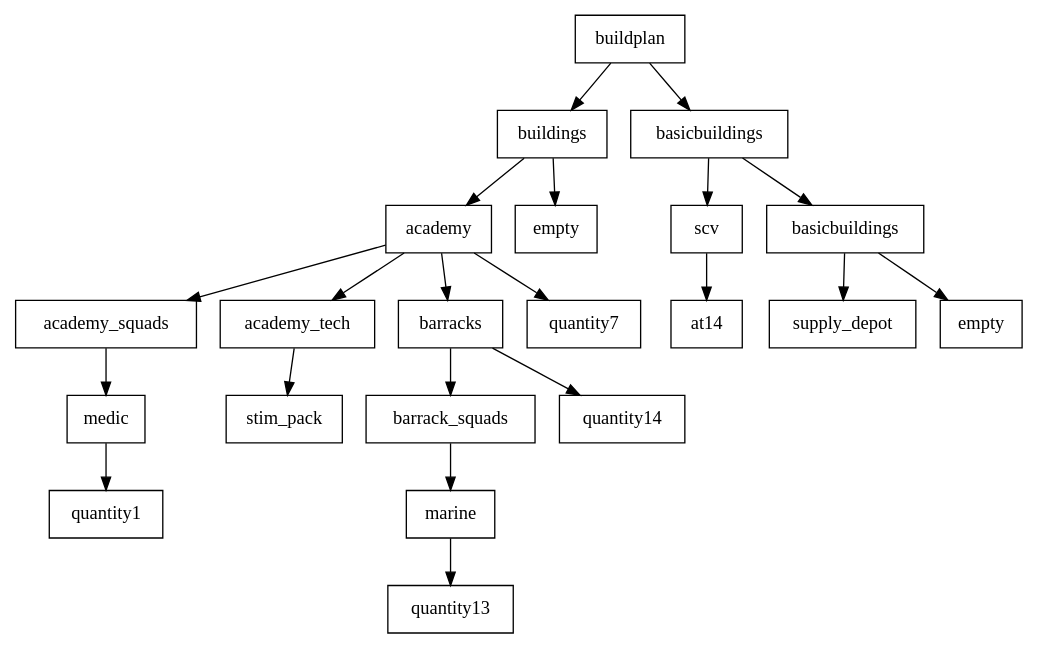
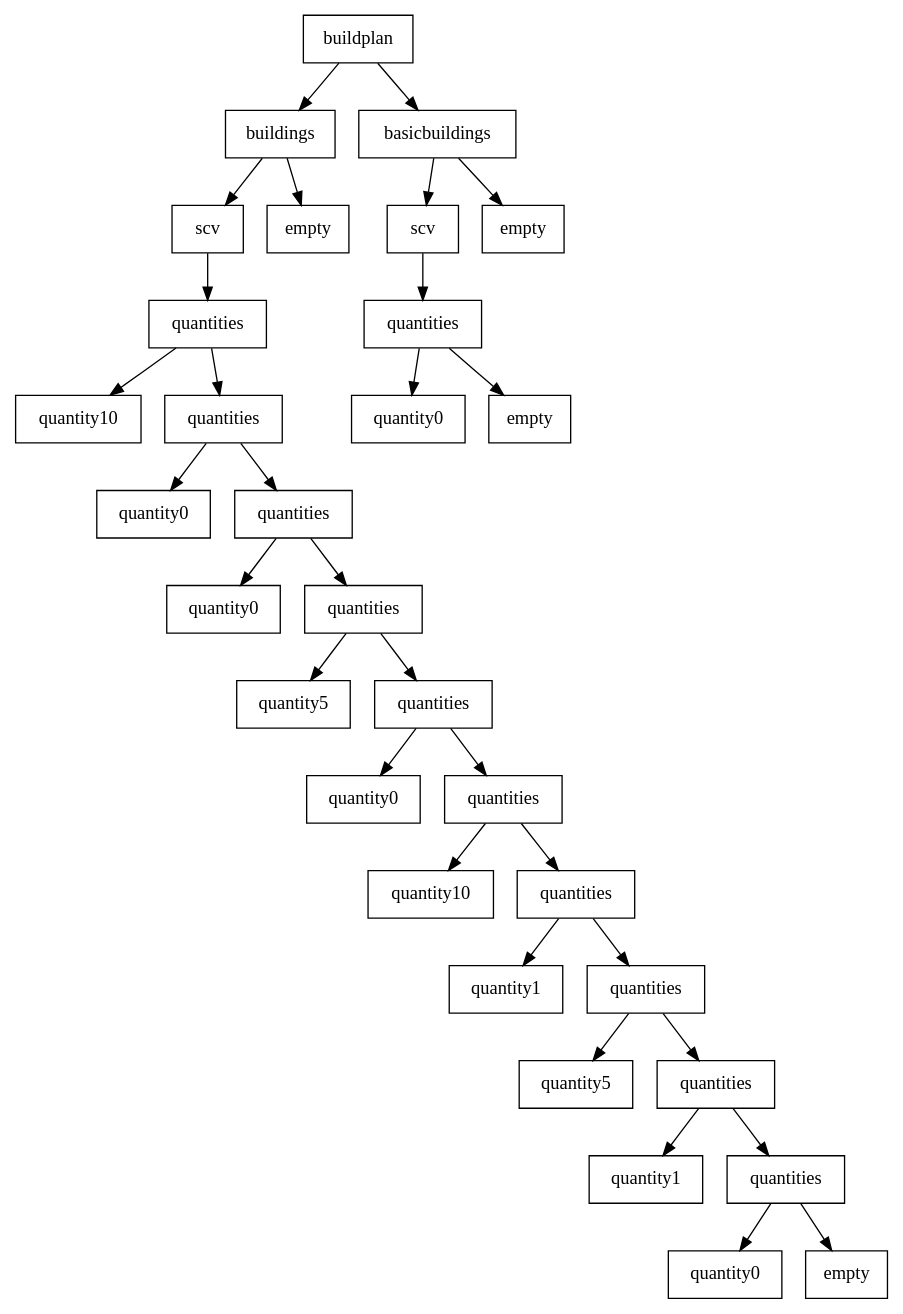
The diagram in GPBot/file0.dot (cryogenic-dreams/StarCraft-GPBot), drawn with Graphviz before and after one commit. The commit also changed 97 other files, not shown here.

```diff
--- a/GPBot/file0.dot
+++ b/GPBot/file0.dot
@@ -1,45 +1,65 @@
 digraph g {
 graph [ordering=out];
 node [shape=rectangle];
 n[label = "buildplan"];
 n0[label = "buildings"];
-n00[label = "academy"];
-n000[label = "academy_squads"];
-n0000[label = "medic"];
-n00000[label = "quantity1"];
-n0000 -> n00000;
+n00[label = "scv"];
+n000[label = "quantities"];
+n0000[label = "quantity10"];
 n000 -> n0000;
+n0001[label = "quantities"];
+n00010[label = "quantity0"];
+n0001 -> n00010;
+n00011[label = "quantities"];
+n000110[label = "quantity0"];
+n00011 -> n000110;
+n000111[label = "quantities"];
+n0001110[label = "quantity5"];
+n000111 -> n0001110;
+n0001111[label = "quantities"];
+n00011110[label = "quantity0"];
+n0001111 -> n00011110;
+n00011111[label = "quantities"];
+n000111110[label = "quantity10"];
+n00011111 -> n000111110;
+n000111111[label = "quantities"];
+n0001111110[label = "quantity1"];
+n000111111 -> n0001111110;
+n0001111111[label = "quantities"];
+n00011111110[label = "quantity5"];
+n0001111111 -> n00011111110;
+n00011111111[label = "quantities"];
+n000111111110[label = "quantity1"];
+n00011111111 -> n000111111110;
+n000111111111[label = "quantities"];
+n0001111111110[label = "quantity0"];
+n000111111111 -> n0001111111110;
+n0001111111111[label = "empty"];
+n000111111111 -> n0001111111111;
+n00011111111 -> n000111111111;
+n0001111111 -> n00011111111;
+n000111111 -> n0001111111;
+n00011111 -> n000111111;
+n0001111 -> n00011111;
+n000111 -> n0001111;
+n00011 -> n000111;
+n0001 -> n00011;
+n000 -> n0001;
 n00 -> n000;
-n001[label = "academy_tech"];
-n0010[label = "stim_pack"];
-n001 -> n0010;
-n00 -> n001;
-n002[label = "barracks"];
-n0020[label = "barrack_squads"];
-n00200[label = "marine"];
-n002000[label = "quantity13"];
-n00200 -> n002000;
-n0020 -> n00200;
-n002 -> n0020;
-n0021[label = "quantity14"];
-n002 -> n0021;
-n00 -> n002;
-n003[label = "quantity7"];
-n00 -> n003;
 n0 -> n00;
 n01[label = "empty"];
 n0 -> n01;
 n -> n0;
 n1[label = "basicbuildings"];
 n10[label = "scv"];
-n100[label = "at14"];
+n100[label = "quantities"];
+n1000[label = "quantity0"];
+n100 -> n1000;
+n1001[label = "empty"];
+n100 -> n1001;
 n10 -> n100;
 n1 -> n10;
-n11[label = "basicbuildings"];
-n110[label = "supply_depot"];
-n11 -> n110;
-n111[label = "empty"];
-n11 -> n111;
+n11[label = "empty"];
 n1 -> n11;
 n -> n1;
 }
```
